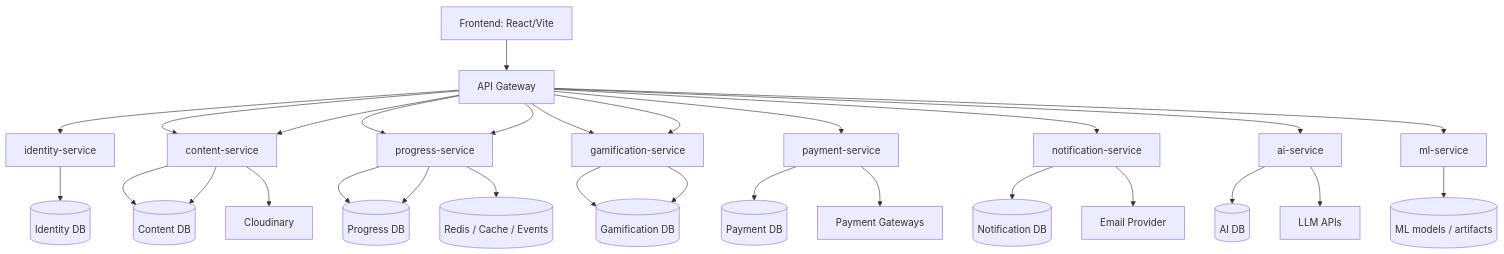
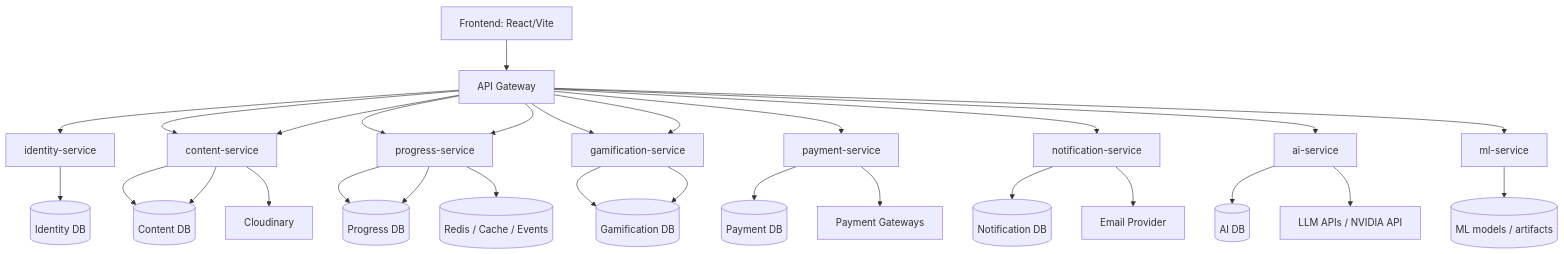
The first of 3 diagrams in MICROSERVICES.md (danielnguyen0705/ie303), drawn with Mermaid before and after one commit. The commit also changed other lines of this file and 21 other files, not shown here.

````diff
--- a/MICROSERVICES.md
+++ b/MICROSERVICES.md
@@ -24,34 +24,34 @@
 ```mermaid
 graph TD
     Client[Frontend: React/Vite] --> GW[API Gateway]
 
     GW --> ID[identity-service]
     GW --> CT[content-service]
     GW --> PR[progress-service]
     GW --> GM[gamification-service]
     GW --> PM[payment-service]
     GW --> GM[gamification-service]
     GW --> CT[content-service]
     GW --> PR[progress-service]
     GW --> NT[notification-service]
     GW --> AI[ai-service]
     GW --> ML[ml-service]
 
     ID --> IDDB[(Identity DB)]
     CT --> CTDB[(Content DB)]
     PR --> PRDB[(Progress DB)]
     GM --> GMDB[(Gamification DB)]
     PM --> PMDB[(Payment DB)]
     GM --> GMDB[(Gamification DB)]
     CT --> CTDB[(Content DB)]
     PR --> PRDB[(Progress DB)]
     NT --> NTDB[(Notification DB)]
     AI --> AIDB[(AI DB)]
     ML --> MLDB[(ML models / artifacts)]
 
     CT --> Cloudinary[Cloudinary]
-    AI --> GenAI[LLM APIs]
+    AI --> GenAI[LLM APIs / NVIDIA API]
     PM --> PayGate[Payment Gateways]
     NT --> Email[Email Provider]
     PR --> Redis[(Redis / Cache / Events)]
 ```
````
